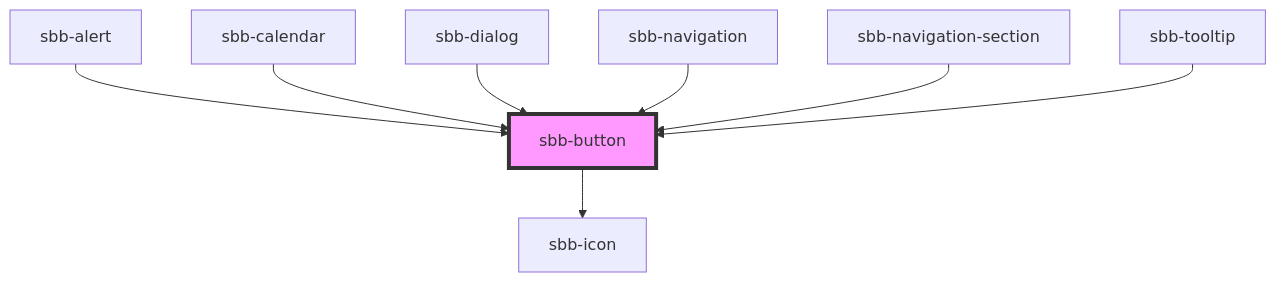
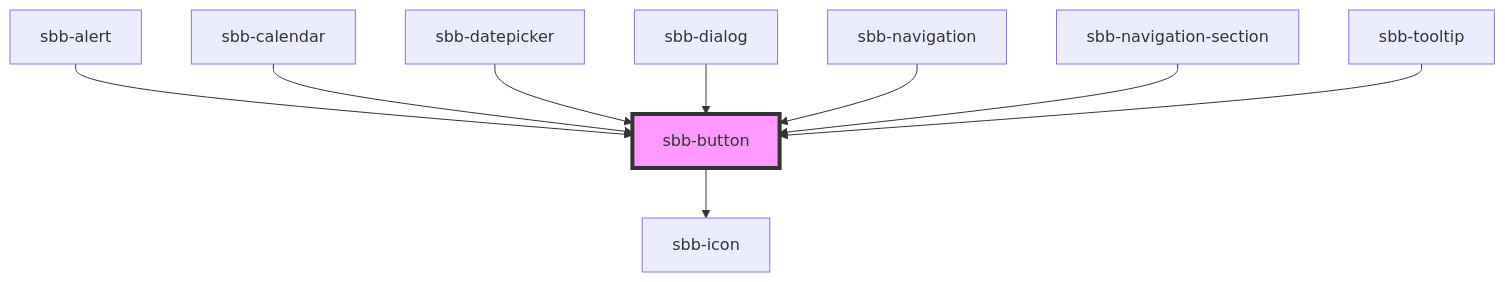
Before and after one commit to liviakuenzli/lyne-components: the diagram in src/components/sbb-button/readme.md, drawn with Mermaid. The commit also changed other lines of this file and 9 other files, not shown here.

````diff
--- a/src/components/sbb-button/readme.md
+++ b/src/components/sbb-button/readme.md
@@ -92,11 +93,12 @@
 ```mermaid
 graph TD;
   sbb-button --> sbb-icon
   sbb-alert --> sbb-button
   sbb-calendar --> sbb-button
+  sbb-datepicker --> sbb-button
   sbb-dialog --> sbb-button
   sbb-navigation --> sbb-button
   sbb-navigation-section --> sbb-button
   sbb-tooltip --> sbb-button
   style sbb-button fill:#f9f,stroke:#333,stroke-width:4px
 ```
````
